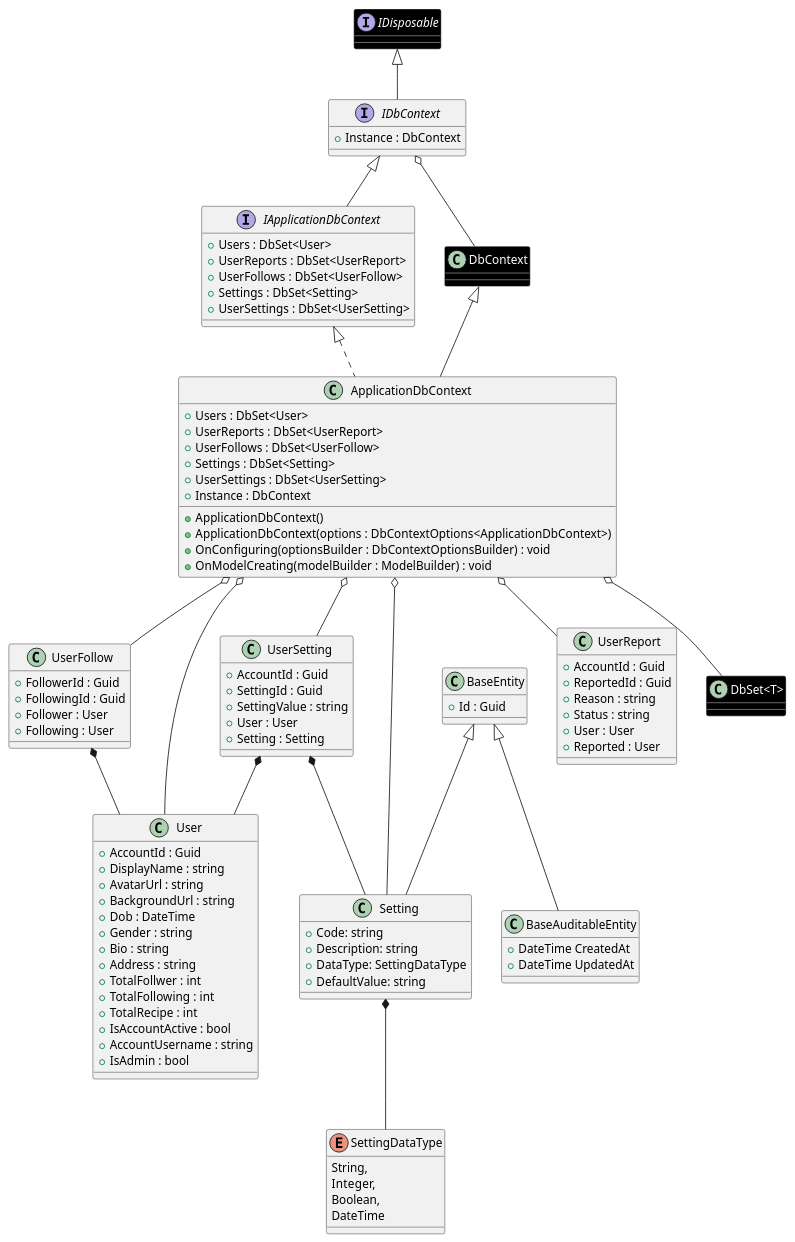
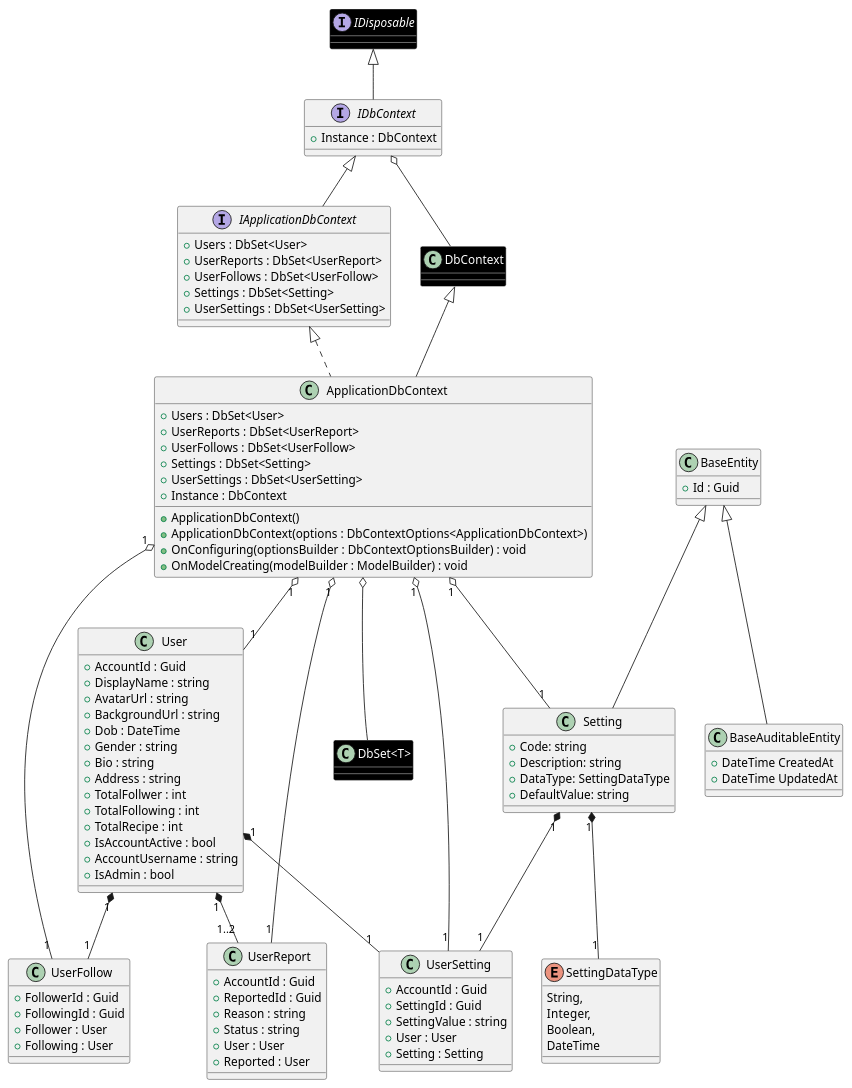
The diagram in doc/SDS/CommonClassDiagram/User/UserDbContext.plantuml (Carl-Johnsons/tastopia), drawn with PlantUML before and after one commit. The commit also changed 4 other files, not shown here.

Commit message:
doc: fix common class diagram

```diff
--- a/doc/SDS/CommonClassDiagram/User/UserDbContext.plantuml
+++ b/doc/SDS/CommonClassDiagram/User/UserDbContext.plantuml
@@ -1,115 +1,116 @@
 @startuml UserDbContext
 
 interface IDbContext extends IDisposable {
     +Instance : DbContext
 }
 ' ========= Entity class =========
 class BaseEntity {
     +Id : Guid
 }
 
 class BaseAuditableEntity extends BaseEntity {
     +DateTime CreatedAt
     +DateTime UpdatedAt
 }
 
 class User {
     + AccountId : Guid
     + DisplayName : string
     + AvatarUrl : string
     + BackgroundUrl : string
     + Dob : DateTime
     + Gender : string
     + Bio : string
     + Address : string
     + TotalFollwer : int
     + TotalFollowing : int
     + TotalRecipe : int
     + IsAccountActive : bool
     + AccountUsername : string
     + IsAdmin : bool
 }
 
 class Setting extends BaseEntity {
     + Code: string
     + Description: string
     + DataType: SettingDataType
     + DefaultValue: string
 }
 
 enum SettingDataType
 {
     String,
     Integer,
     Boolean,
     DateTime
 }
 
 class UserFollow {
     + FollowerId : Guid
     + FollowingId : Guid
     + Follower : User
     + Following : User
 }
 
 class UserReport {
     + AccountId : Guid
     + ReportedId : Guid
     + Reason : string
     + Status : string
     + User : User
     + Reported : User
 }
 
 class UserSetting {
     + AccountId : Guid
     + SettingId : Guid
     + SettingValue : string
     + User : User
     + Setting : Setting
 }
 
 interface IApplicationDbContext extends IDbContext {
     + Users : DbSet<User>
     + UserReports : DbSet<UserReport>
     + UserFollows : DbSet<UserFollow>
     + Settings : DbSet<Setting>
     + UserSettings : DbSet<UserSetting>
 }
 
 class ApplicationDbContext extends DbContext implements IApplicationDbContext {
     + Users : DbSet<User>
     + UserReports : DbSet<UserReport>
     + UserFollows : DbSet<UserFollow>
     + Settings : DbSet<Setting>
     + UserSettings : DbSet<UserSetting>
     + Instance : DbContext
     + ApplicationDbContext()
     + ApplicationDbContext(options : DbContextOptions<ApplicationDbContext>)
     + OnConfiguring(optionsBuilder : DbContextOptionsBuilder) : void
     + OnModelCreating(modelBuilder : ModelBuilder) : void
 }
 
 ' ========= Library class =========
 interface IDisposable #black;line:white;text:white
 class "DbSet<T>" #black;line:white;text:white
 class DbContext #black;line:white;text:white
 
 IDbContext o-- DbContext
 
 ApplicationDbContext o-- "DbSet<T>"
-ApplicationDbContext o-- Setting
-ApplicationDbContext o-- User
-ApplicationDbContext o-- UserFollow
-ApplicationDbContext o-- UserReport
-ApplicationDbContext o-- UserSetting
+ApplicationDbContext "1" o-- "1" Setting
+ApplicationDbContext "1" o-- "1" User
+ApplicationDbContext "1" o-- "1" UserFollow
+ApplicationDbContext "1" o-- "1" UserReport
+ApplicationDbContext "1" o-- "1" UserSetting
 
-Setting *-- SettingDataType
-UserSetting *-- Setting
-UserSetting *-- User
-UserFollow *-- User
+Setting "1" *-- "1" SettingDataType 
+Setting "1" *-- "1" UserSetting
+User "1" *-- "1" UserSetting
+User "1" *-- "1" UserFollow
+User "1" *-- "1..2" UserReport
 ' =========== Style ==============
 
 ApplicationDbContext o-[hidden]down- "DbSet<T>"
 
 @enduml
```
